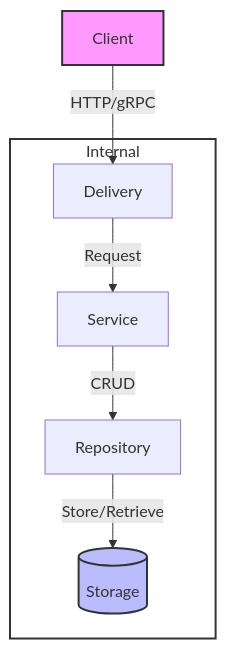
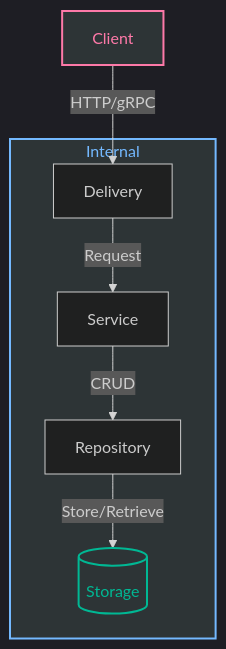
One commit to monemo12/go-task-manager changed the third of 3 diagrams in README.md. Above: the diagram before and after it, drawn with Mermaid. The commit also changed other lines of this file and 1 other file, not shown here.

First line of the commit message:
Enhance README.md with dark mode styling and remove obsolete architecture.puml file

````diff
--- a/README.md
+++ b/README.md
@@ -152,13 +154,14 @@
 ```mermaid
+%%{init: {'theme': 'dark', 'themeVariables': { 'darkMode': true }}}%%
 flowchart TB
     Client --> |HTTP/gRPC| Delivery
     subgraph Internal
         Delivery --> |Request| Service
         Service --> |CRUD| Repository
         Repository --> |Store/Retrieve| Storage[(Storage)]
     end
     
-    style Client fill:#f9f,stroke:#333,stroke-width:2px
-    style Internal fill:#fff,stroke:#333,stroke-width:2px
-    style Storage fill:#bbf,stroke:#333,stroke-width:2px
+    style Client fill:#2d3436,stroke:#fd79a8,stroke-width:2px,color:#fd79a8
+    style Internal fill:#2d3436,stroke:#74b9ff,stroke-width:2px,color:#74b9ff
+    style Storage fill:#2d3436,stroke:#00b894,stroke-width:2px,color:#00b894
 ```
````
